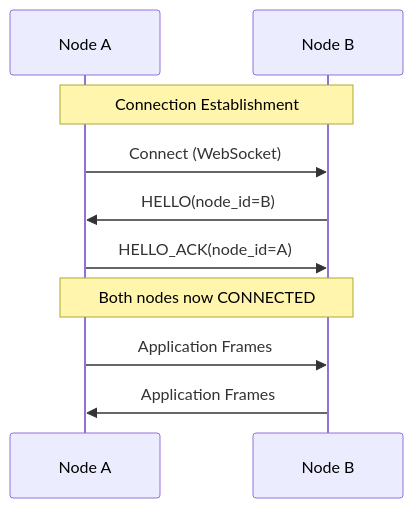
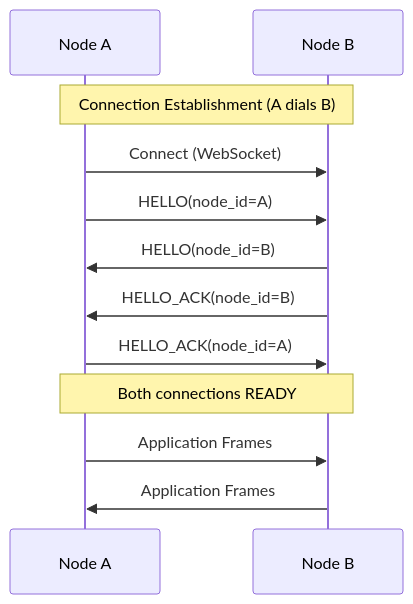
The second of 2 diagrams in docs/gateway.md (LucianoXu/rxplus), drawn with Mermaid before and after one commit. The commit also changed other lines of this file and 13 other files, not shown here.

````diff
--- a/docs/gateway.md
+++ b/docs/gateway.md
@@ -265,14 +248,16 @@
 ```mermaid
 sequenceDiagram
     participant A as Node A
     participant B as Node B
     
-    Note over A,B: Connection Establishment
+    Note over A,B: Connection Establishment (A dials B)
     A->>B: Connect (WebSocket)
+    A->>B: HELLO(node_id=A)
     B->>A: HELLO(node_id=B)
+    B->>A: HELLO_ACK(node_id=B)
     A->>B: HELLO_ACK(node_id=A)
-    
-    Note over A,B: Both nodes now CONNECTED
+
+    Note over A,B: Both connections READY
     A->>B: Application Frames
     B->>A: Application Frames
 ```
````
